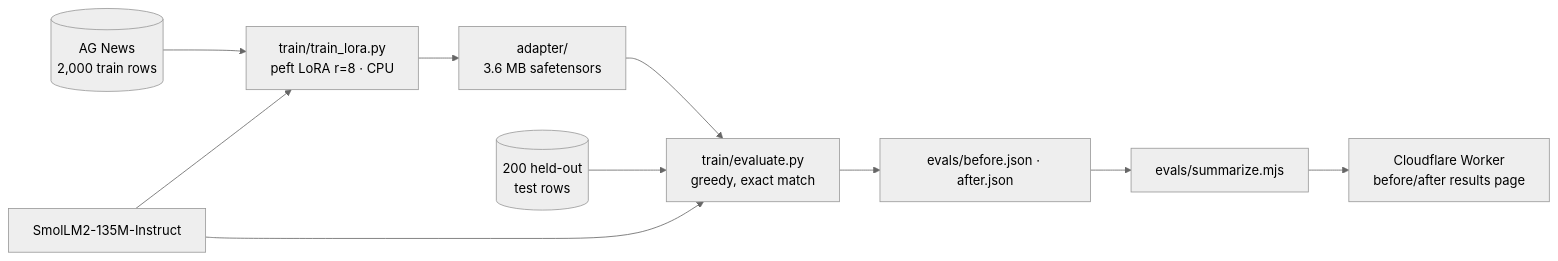
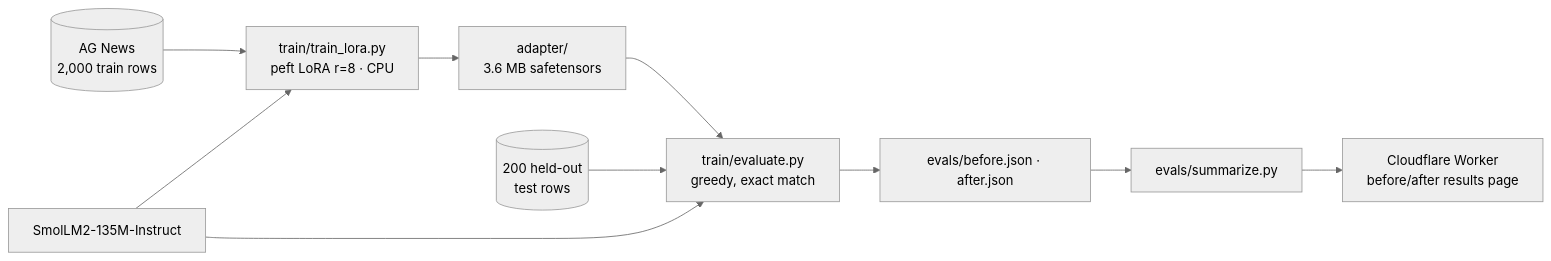
Before and after one commit to braylo777/agent-12-lora-finetune: the diagram in README.md, drawn with Mermaid (neutral theme). The commit also changed other lines of this file and 27 other files, not shown here.

Commit message:
pyCrust: Python + Rust Worker (py 8/8, rs 2/2; results regenerated identically)

````diff
--- a/README.md
+++ b/README.md
@@ -17,11 +17,11 @@
 ```mermaid
 flowchart LR
   D[(AG News<br/>2,000 train rows)] --> T[train/train_lora.py<br/>peft LoRA r=8 · CPU]
   B[SmolLM2-135M-Instruct] --> T
   T --> A[adapter/<br/>3.6 MB safetensors]
   H[(200 held-out<br/>test rows)] --> E[train/evaluate.py<br/>greedy, exact match]
   B --> E
   A --> E
   E --> R[evals/before.json · after.json]
-  R --> S[evals/summarize.mjs] --> W[Cloudflare Worker<br/>before/after results page]
+  R --> S[evals/summarize.py] --> W[Cloudflare Worker<br/>before/after results page]
 ```
````
